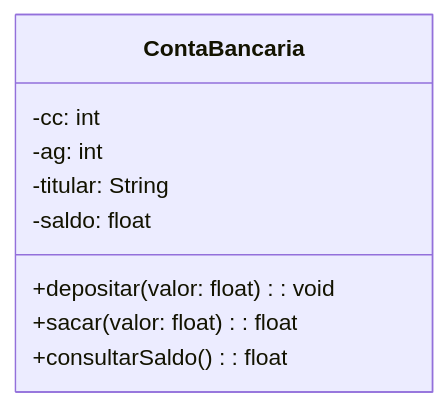
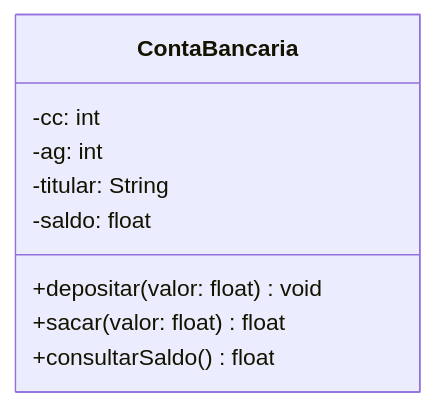
One commit to henryzord/softwareEngineering changed the sixth of 7 diagrams in capitulos/UML.md. Above: the diagram before and after it, drawn with Mermaid.

````diff
--- a/capitulos/UML.md
+++ b/capitulos/UML.md
@@ -301,13 +301,13 @@
    ```mermaid
     classDiagram
     class ContaBancaria {
         -cc: int
         -ag: int
         -titular: String
         -saldo: float
    
-        +depositar(valor: float): void  
-        +sacar(valor: float): float  
-        +consultarSaldo(): float  
+        +depositar(valor: float) void  
+        +sacar(valor: float) float  
+        +consultarSaldo() float  
     }
    ```
````
